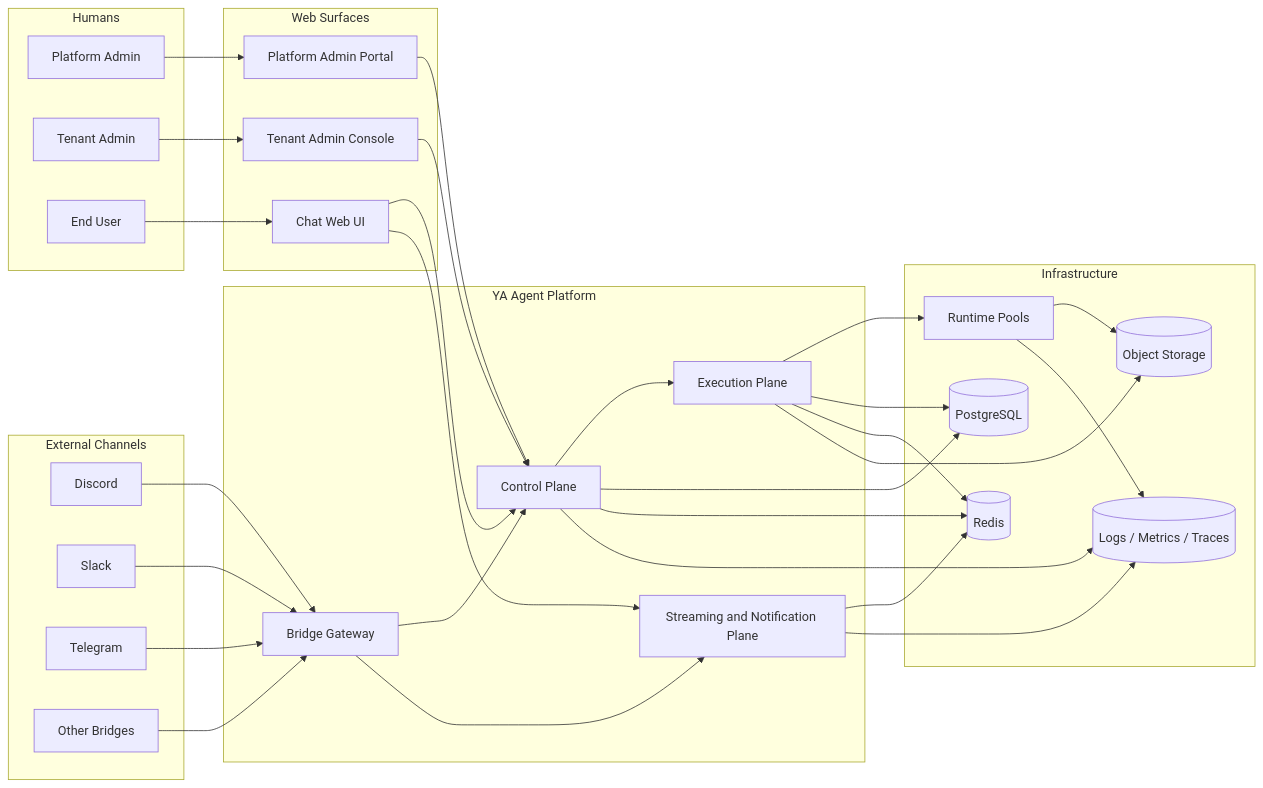
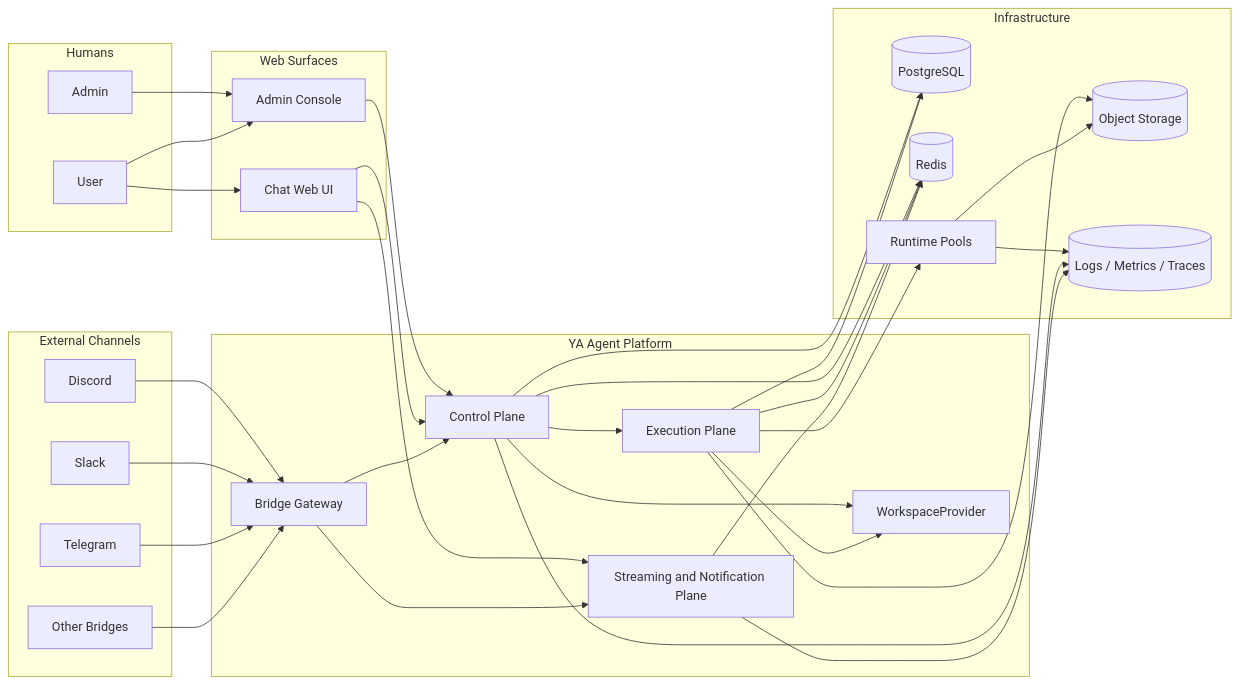
Before and after one commit to Wh1isper/ya-mono: the diagram in packages/ya-agent-platform/spec/000-platform-overview.md, drawn with Mermaid. The commit also changed other lines of this file and 24 other files, not shown here.

````diff
--- a/packages/ya-agent-platform/spec/000-platform-overview.md
+++ b/packages/ya-agent-platform/spec/000-platform-overview.md
@@ -107,66 +126,66 @@
 ```mermaid
 flowchart LR
     subgraph Humans[Humans]
-        PA[Platform Admin]
-        TA[Tenant Admin]
-        EU[End User]
+        ADM[Admin]
+        USR[User]
     end
 
     subgraph Channels[External Channels]
         DIS[Discord]
         SLK[Slack]
         TGM[Telegram]
         ETC[Other Bridges]
     end
 
     subgraph Web[Web Surfaces]
-        PADMIN[Platform Admin Portal]
-        TADMIN[Tenant Admin Console]
+        ADMINUI[Admin Console]
         CHATUI[Chat Web UI]
     end
 
     subgraph Platform[YA Agent Platform]
         CP[Control Plane]
+        WSP[WorkspaceProvider]
         EP[Execution Plane]
         SP[Streaming and Notification Plane]
         BP[Bridge Gateway]
     end
 
     subgraph Infra[Infrastructure]
         PG[(PostgreSQL)]
         RD[(Redis)]
         OBJ[(Object Storage)]
         OBS[(Logs / Metrics / Traces)]
         RUN[Runtime Pools]
     end
 
-    PA --> PADMIN
-    TA --> TADMIN
-    EU --> CHATUI
+    ADM --> ADMINUI
+    USR --> CHATUI
+    USR --> ADMINUI
 
     DIS --> BP
     SLK --> BP
     TGM --> BP
     ETC --> BP
 
-    PADMIN --> CP
-    TADMIN --> CP
+    ADMINUI --> CP
     CHATUI --> CP
     CHATUI --> SP
     BP --> CP
     BP --> SP
 
+    CP --> WSP
     CP --> EP
     EP --> RUN
+    EP --> WSP
 
     CP --> PG
     CP --> RD
     EP --> PG
     EP --> RD
     EP --> OBJ
     SP --> RD
     RUN --> OBJ
     RUN --> OBS
     CP --> OBS
     SP --> OBS
 ```
````
